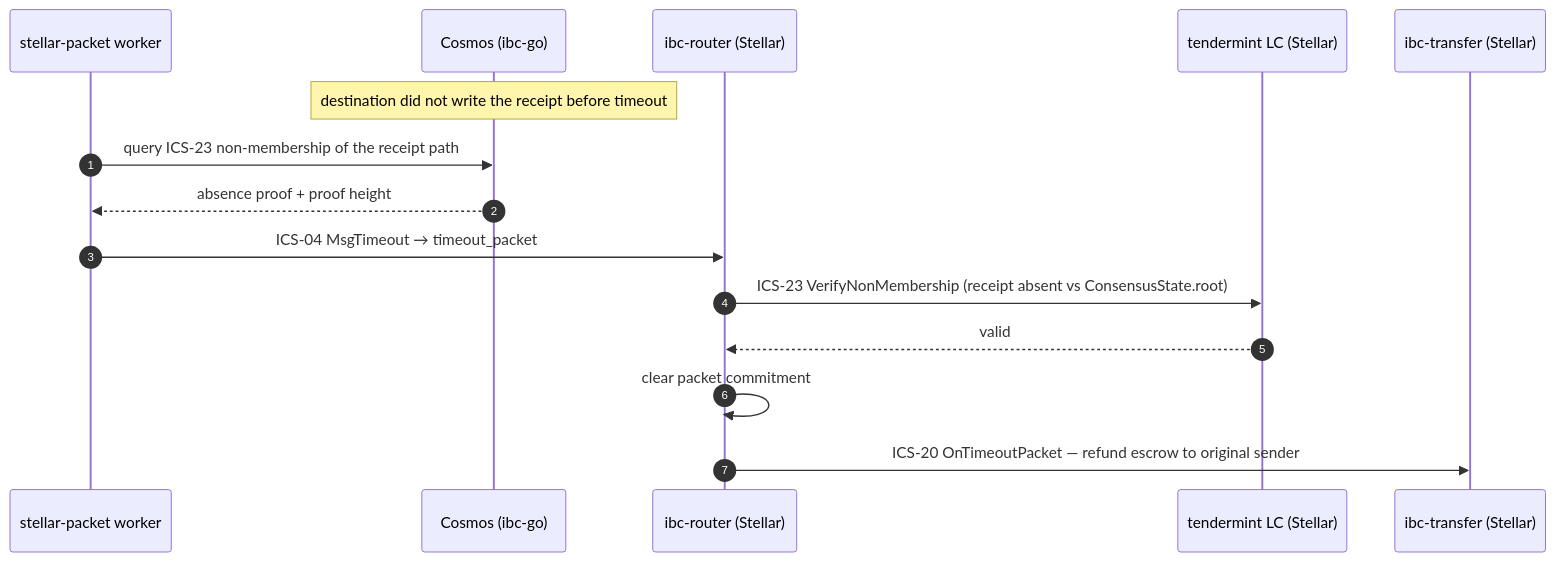
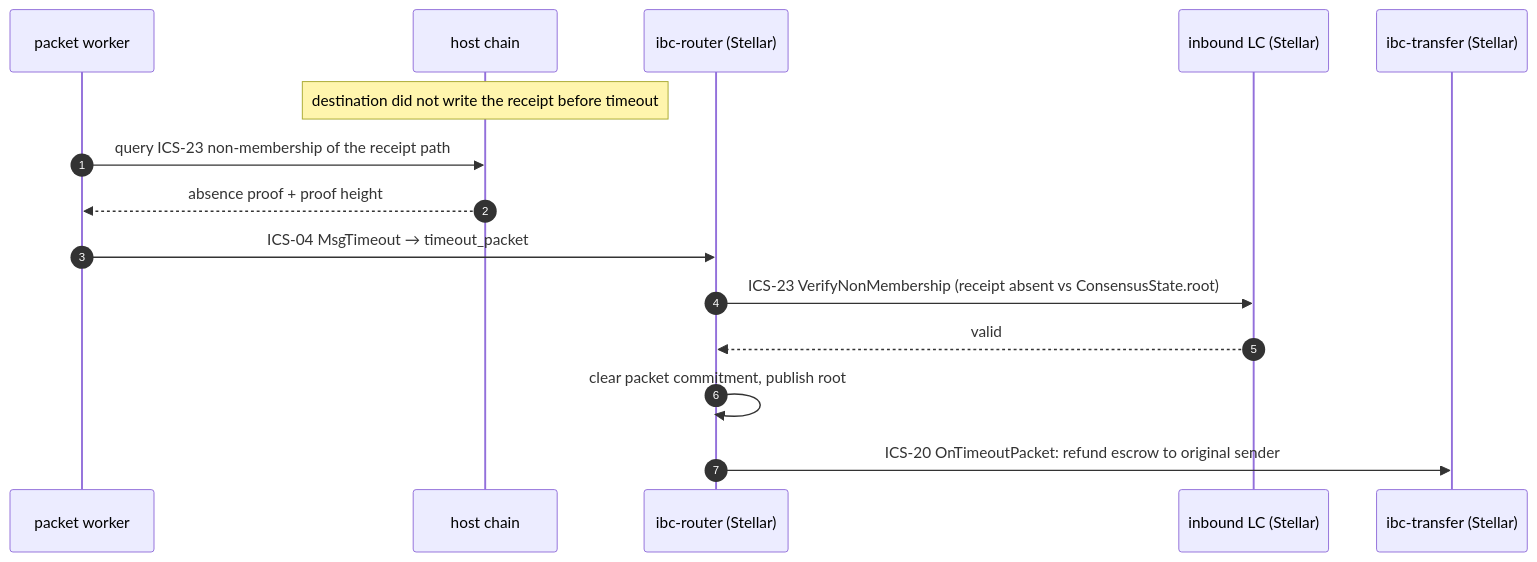
The seventh of 7 diagrams in architecture.md (amandagonsalves/sdf-ibc-proposal), drawn with Mermaid before and after one commit. The commit also changed other lines of this file and 7 other files, not shown here.

````diff
--- a/architecture.md
+++ b/architecture.md
@@ -579,18 +628,18 @@
 ```mermaid
 sequenceDiagram
     autonumber
-    participant WK as stellar-packet worker
-    participant CO as Cosmos (ibc-go)
+    participant WK as packet worker
+    participant HO as host chain
     participant RT as ibc-router (Stellar)
-    participant LC as tendermint LC (Stellar)
+    participant LC as inbound LC (Stellar)
     participant TR as ibc-transfer (Stellar)
 
-    Note over CO: destination did not write the receipt before timeout
-    WK->>CO: query ICS-23 non-membership of the receipt path
-    CO-->>WK: absence proof + proof height
+    Note over HO: destination did not write the receipt before timeout
+    WK->>HO: query ICS-23 non-membership of the receipt path
+    HO-->>WK: absence proof + proof height
     WK->>RT: ICS-04 MsgTimeout → timeout_packet
     RT->>LC: ICS-23 VerifyNonMembership (receipt absent vs ConsensusState.root)
     LC-->>RT: valid
-    RT->>RT: clear packet commitment
-    RT->>TR: ICS-20 OnTimeoutPacket — refund escrow to original sender
+    RT->>RT: clear packet commitment, publish root
+    RT->>TR: ICS-20 OnTimeoutPacket: refund escrow to original sender
 ```
````
